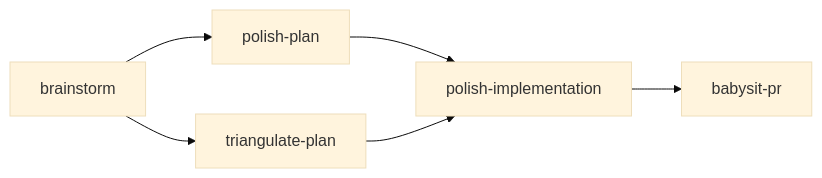
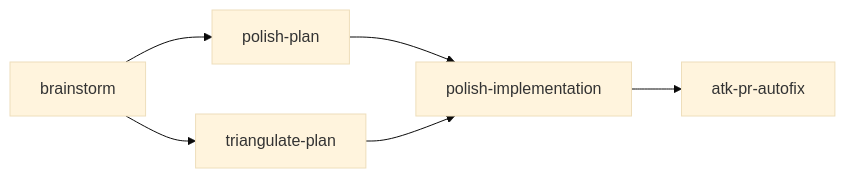
The diagram in docs/skills.md (rstacruz/agentic-toolkit), drawn with Mermaid (base theme) before and after one commit. The commit also changed other lines of this file and 12 other files, not shown here.

Commit message:
feat: replace babysit-pr with atk-pr-autofix

````diff
--- a/docs/skills.md
+++ b/docs/skills.md
@@ -5,8 +5,8 @@
 ```mermaid
 graph LR
   brainstorm --> polish_plan["polish-plan"]
   brainstorm --> triangulate_plan["triangulate-plan"]
   polish_plan --> polish_implementation["polish-implementation"]
   triangulate_plan --> polish_implementation
-  polish_implementation --> babysit_pr["babysit-pr"]
+  polish_implementation --> atk_pr_autofix["atk-pr-autofix"]
 ```
````
